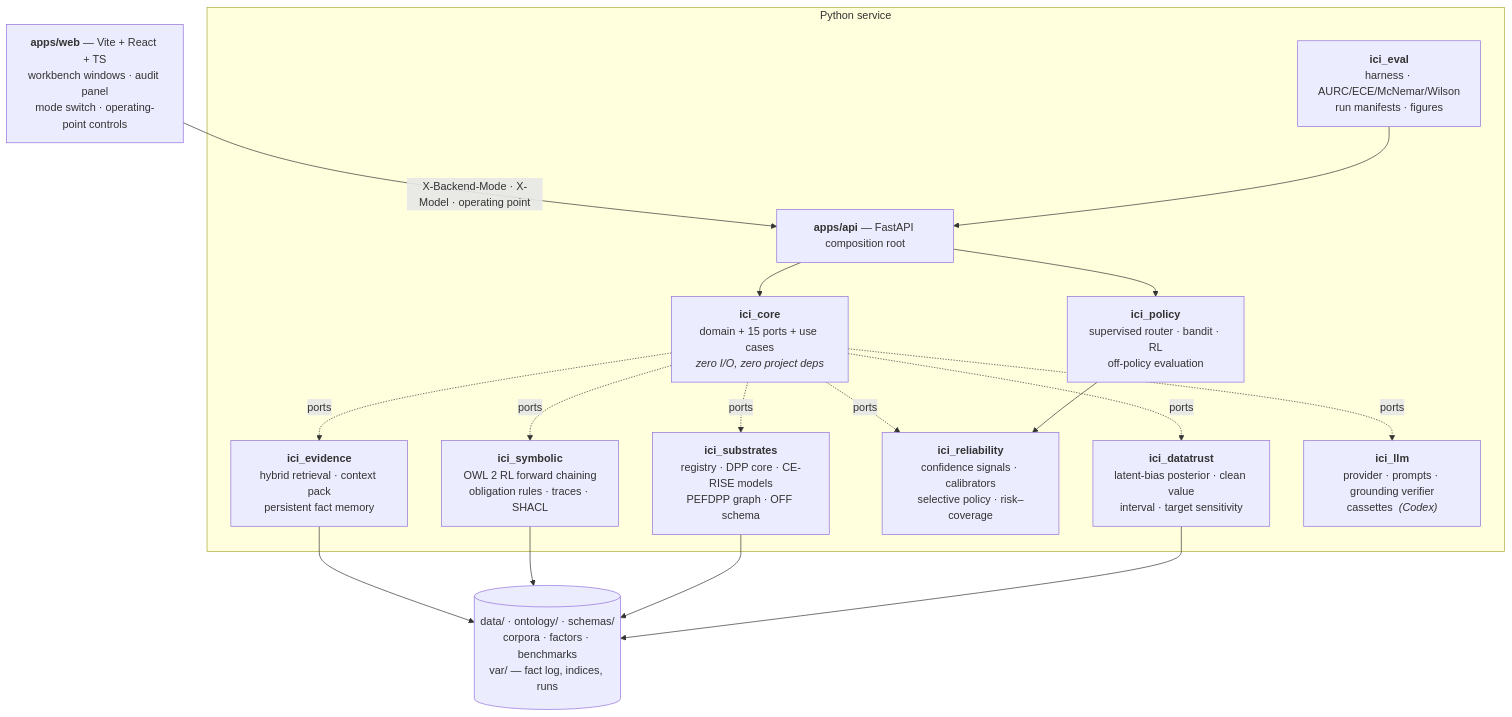
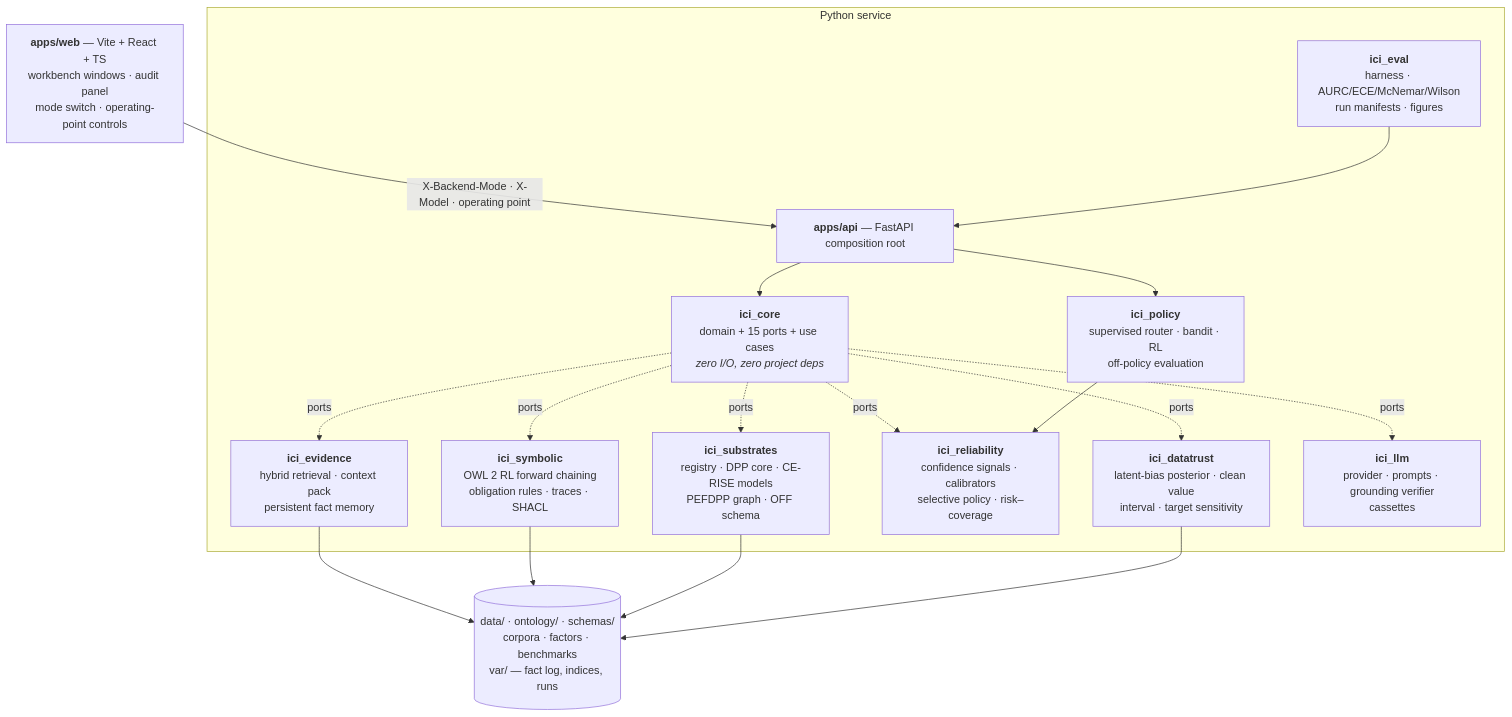
The third of 9 diagrams in docs/ARCHITECTURE.md (CE-RISE-software/intelligent-circular-insights), drawn with Mermaid before and after one commit. The commit also changed other lines of this file and 25 other files, not shown here.

````diff
--- a/docs/ARCHITECTURE.md
+++ b/docs/ARCHITECTURE.md
@@ -118,27 +118,27 @@
 ```mermaid
 graph TB
     WEB["<b>apps/web</b> — Vite + React + TS<br/>workbench windows · audit panel<br/>mode switch · operating-point controls"]
 
     subgraph "Python service"
         API["<b>apps/api</b> — FastAPI composition root"]
         CORE["<b>ici_core</b><br/>domain + 15 ports + use cases<br/><i>zero I/O, zero project deps</i>"]
         EVID["<b>ici_evidence</b><br/>hybrid retrieval · context pack<br/>persistent fact memory"]
         SYM["<b>ici_symbolic</b><br/>OWL 2 RL forward chaining<br/>obligation rules · traces · SHACL"]
         SUB["<b>ici_substrates</b><br/>registry · DPP core · CE-RISE models<br/>PEFDPP graph · OFF schema"]
         REL["<b>ici_reliability</b><br/>confidence signals · calibrators<br/>selective policy · risk–coverage"]
         TRUST["<b>ici_datatrust</b><br/>latent-bias posterior · clean value<br/>interval · target sensitivity"]
-        LLM["<b>ici_llm</b><br/>provider · prompts · grounding verifier<br/>cassettes  <i>(Codex)</i>"]
+        LLM["<b>ici_llm</b><br/>provider · prompts · grounding verifier<br/>cassettes"]
         POL["<b>ici_policy</b><br/>supervised router · bandit · RL<br/>off-policy evaluation"]
         EVAL["<b>ici_eval</b><br/>harness · AURC/ECE/McNemar/Wilson<br/>run manifests · figures"]
     end
 
     DATA[("data/ · ontology/ · schemas/<br/>corpora · factors · benchmarks<br/>var/ — fact log, indices, runs")]
 
     WEB -->|"X-Backend-Mode · X-Model · operating point"| API
     API --> CORE
     CORE -.->|ports| EVID & SYM & SUB & REL & TRUST & LLM
     API --> POL
     POL --> REL
     EVAL --> API
     EVID & SYM & SUB & TRUST --> DATA
 ```
````
